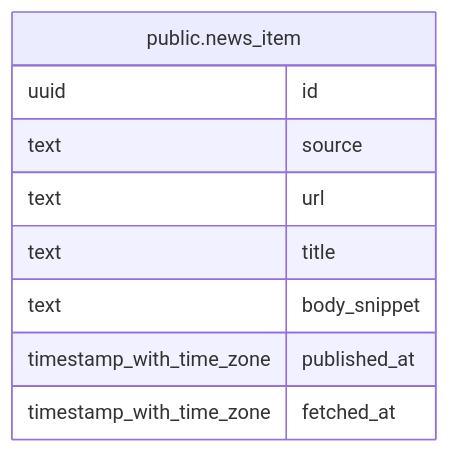
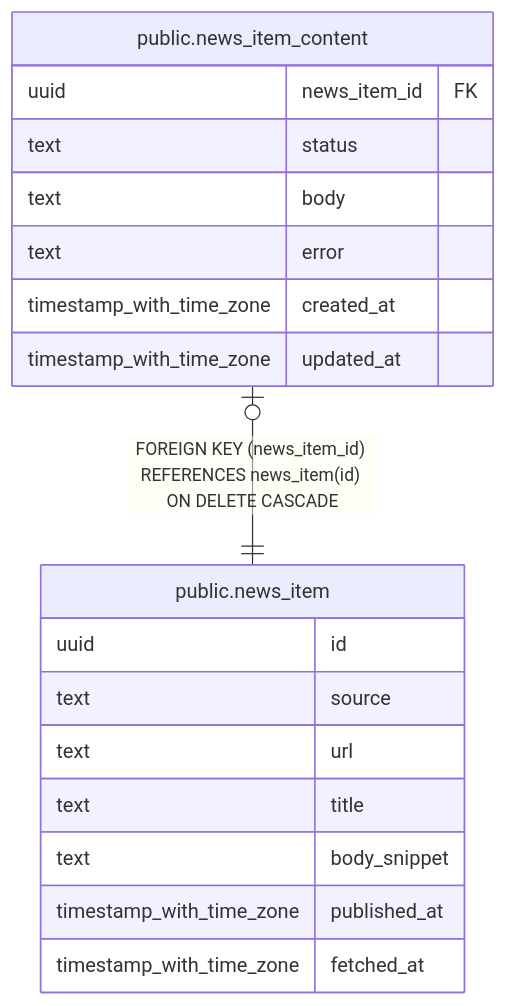
One commit to fohte/t-rader changed the diagram in backend/docs/db/public.news_item.md. Above: the diagram before and after it, drawn with Mermaid. The commit also changed other lines of this file and 3 other files, not shown here.

````diff
--- a/backend/docs/db/public.news_item.md
+++ b/backend/docs/db/public.news_item.md
@@ -36,14 +36,23 @@
 ```mermaid
 erDiagram
 
+"public.news_item_content" |o--|| "public.news_item" : "FOREIGN KEY (news_item_id) REFERENCES news_item(id) ON DELETE CASCADE"
 
 "public.news_item" {
   uuid id
   text source
   text url
   text title
   text body_snippet
   timestamp_with_time_zone published_at
   timestamp_with_time_zone fetched_at
 }
+"public.news_item_content" {
+  uuid news_item_id FK
+  text status
+  text body
+  text error
+  timestamp_with_time_zone created_at
+  timestamp_with_time_zone updated_at
+}
 ```
````
